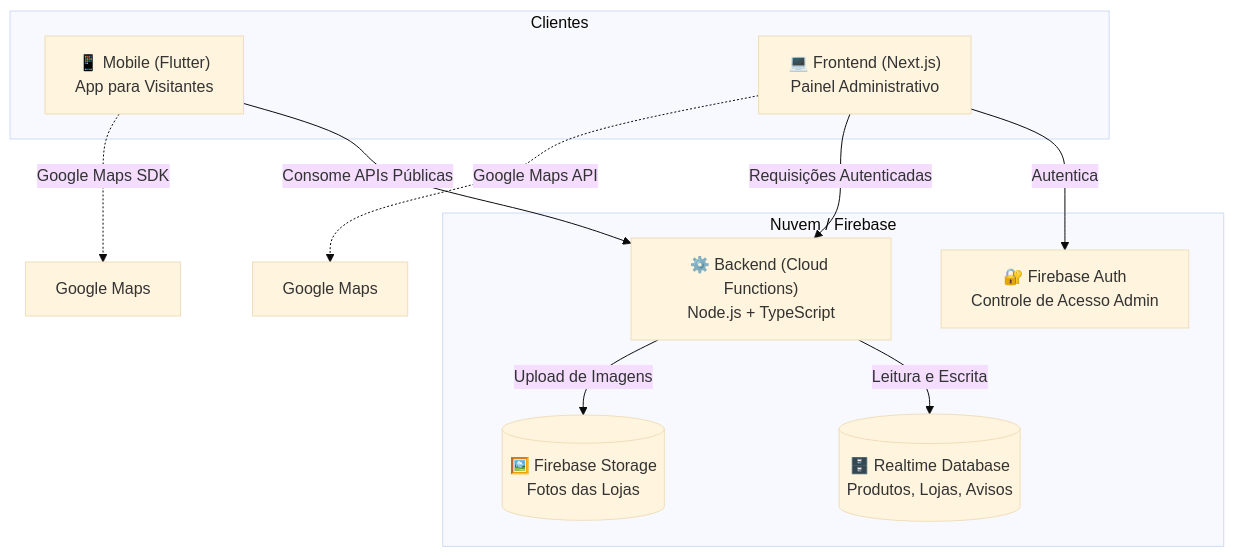
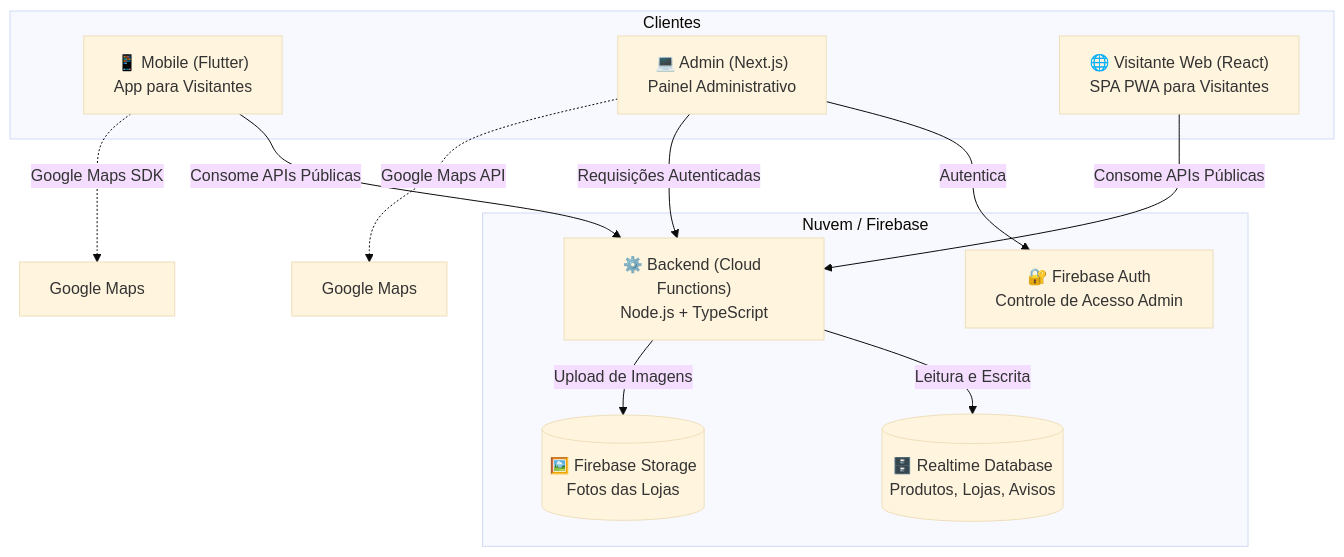
The diagram in README.md (AndrewHanasiro/kibo-no-ie), drawn with Mermaid (base theme) before and after one commit. The commit also changed other lines of this file and 61 other files, not shown here.

````diff
--- a/README.md
+++ b/README.md
@@ -11,22 +11,25 @@
 ```mermaid
 graph TD
     subgraph Clientes
         Mobile["📱 Mobile (Flutter)\nApp para Visitantes"]
-        Frontend["💻 Frontend (Next.js)\nPainel Administrativo"]
+        Admin["💻 Admin (Next.js)\nPainel Administrativo"]
+        Visitante["🌐 Visitante Web (React)\nSPA PWA para Visitantes"]
     end
+
 
     subgraph Nuvem / Firebase
         Functions["⚙️ Backend (Cloud Functions)\nNode.js + TypeScript"]
         RTDB[("🗄️ Realtime Database\nProdutos, Lojas, Avisos")]
         Storage[("🖼️ Firebase Storage\nFotos das Lojas")]
         Auth["🔐 Firebase Auth\nControle de Acesso Admin"]
     end
 
     Mobile -->|Consome APIs Públicas| Functions
-    Frontend -->|Autentica| Auth
-    Frontend -->|Requisições Autenticadas| Functions
+    Visitante -->|Consome APIs Públicas| Functions
+    Admin -->|Autentica| Auth
+    Admin -->|Requisições Autenticadas| Functions
     Functions -->|Leitura e Escrita| RTDB
     Functions -->|Upload de Imagens| Storage
-    Frontend -.->|Google Maps API| GMapAdmin["Google Maps"]
+    Admin -.->|Google Maps API| GMapAdmin["Google Maps"]
     Mobile -.->|Google Maps SDK| GMapMobile["Google Maps"]
 ```
````
